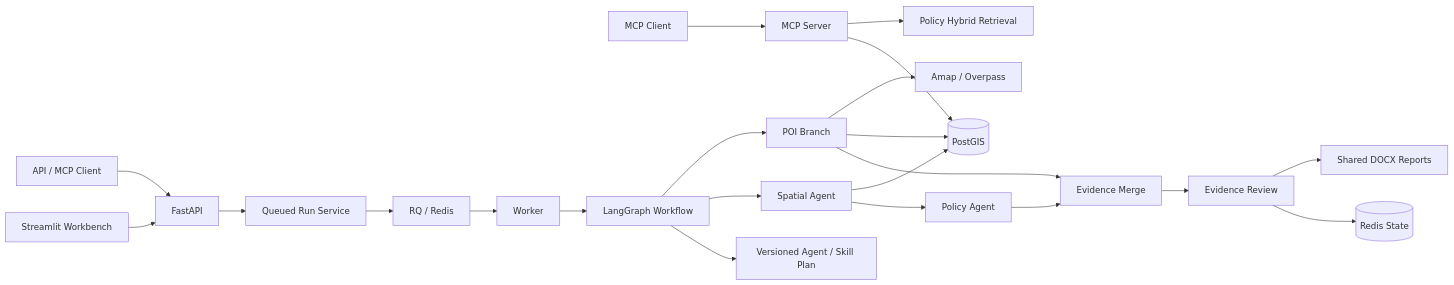
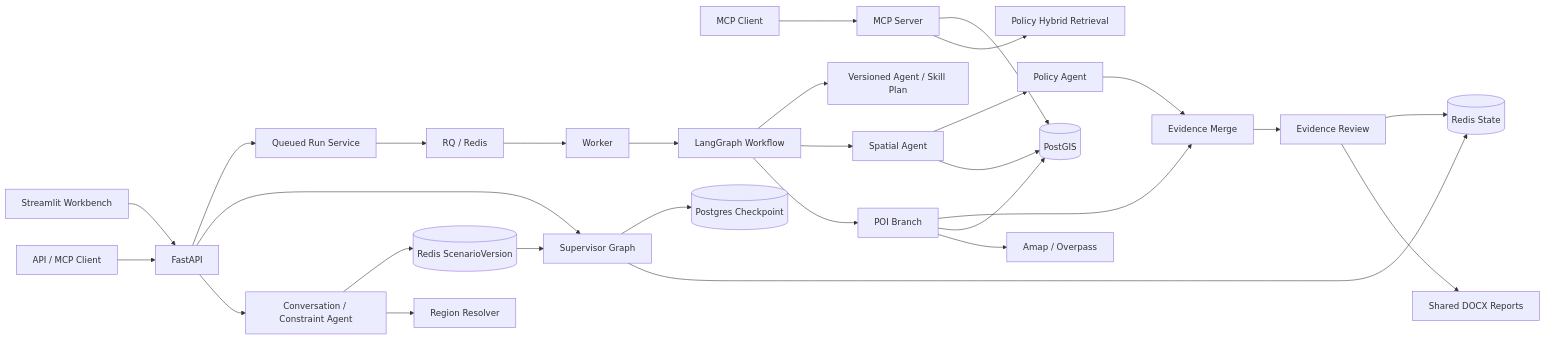
The diagram in README.md (1159312243h-gif/spatial-decision-agent), drawn with Mermaid before and after one commit. The commit also changed other lines of this file and 95 other files, not shown here.

````diff
--- a/README.md
+++ b/README.md
@@ -41,24 +53,31 @@
 ```mermaid
 flowchart LR
     UI["Streamlit Workbench"] --> API["FastAPI"]
     Client["API / MCP Client"] --> API
     MCPClient["MCP Client"] --> MCP["MCP Server"]
     API --> Run["Queued Run Service"]
+    API --> Supervisor["Supervisor Graph"]
+    API --> Conversation["Conversation / Constraint Agent"]
+    Conversation --> Scenario[("Redis ScenarioVersion")]
+    Conversation --> Region["Region Resolver"]
+    Scenario --> Supervisor
+    Supervisor --> Checkpoint[("Postgres Checkpoint")]
+    Supervisor --> Redis
     Run --> Queue["RQ / Redis"]
     Queue --> Worker["Worker"]
     Worker --> Graph["LangGraph Workflow"]
     Graph --> Plan["Versioned Agent / Skill Plan"]
     Graph --> GIS["Spatial Agent"]
     Graph --> POI["POI Branch"]
     GIS --> Rules["Policy Agent"]
     POI --> Merge["Evidence Merge"]
     Rules --> Merge
     Merge --> Review["Evidence Review"]
     Review --> Redis[("Redis State")]
     Review --> Reports["Shared DOCX Reports"]
     GIS --> PostGIS[("PostGIS")]
     POI --> PostGIS
     POI --> Online["Amap / Overpass"]
     MCP --> PostGIS
     MCP --> RAG["Policy Hybrid Retrieval"]
 ```
````
